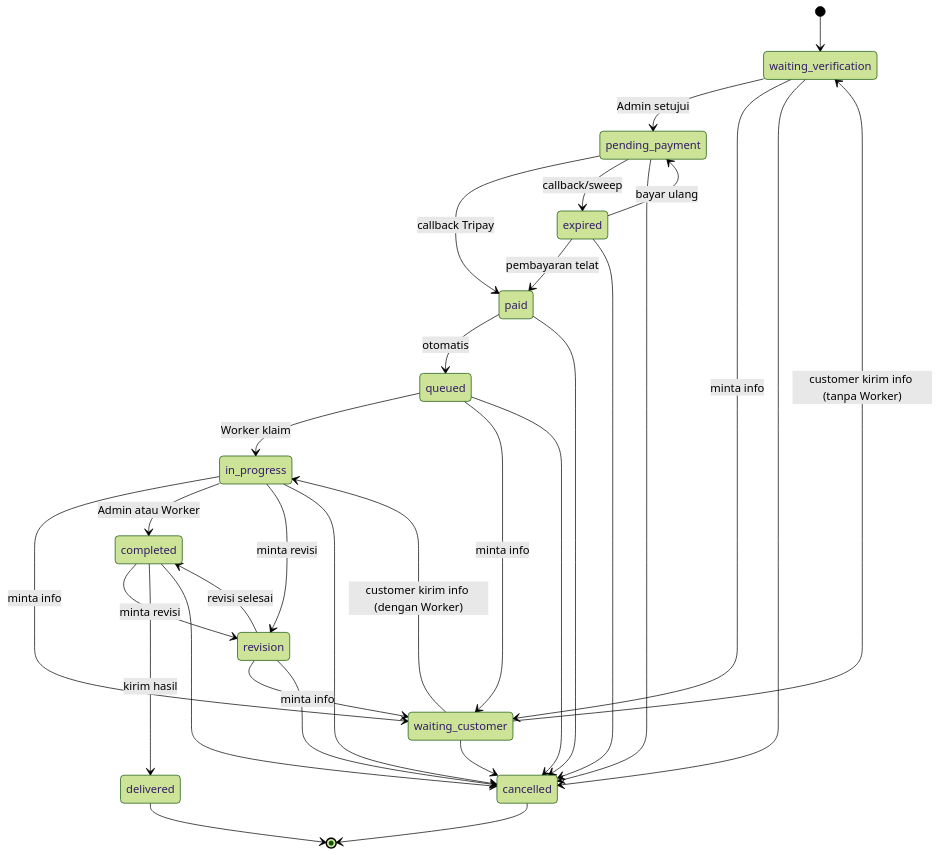
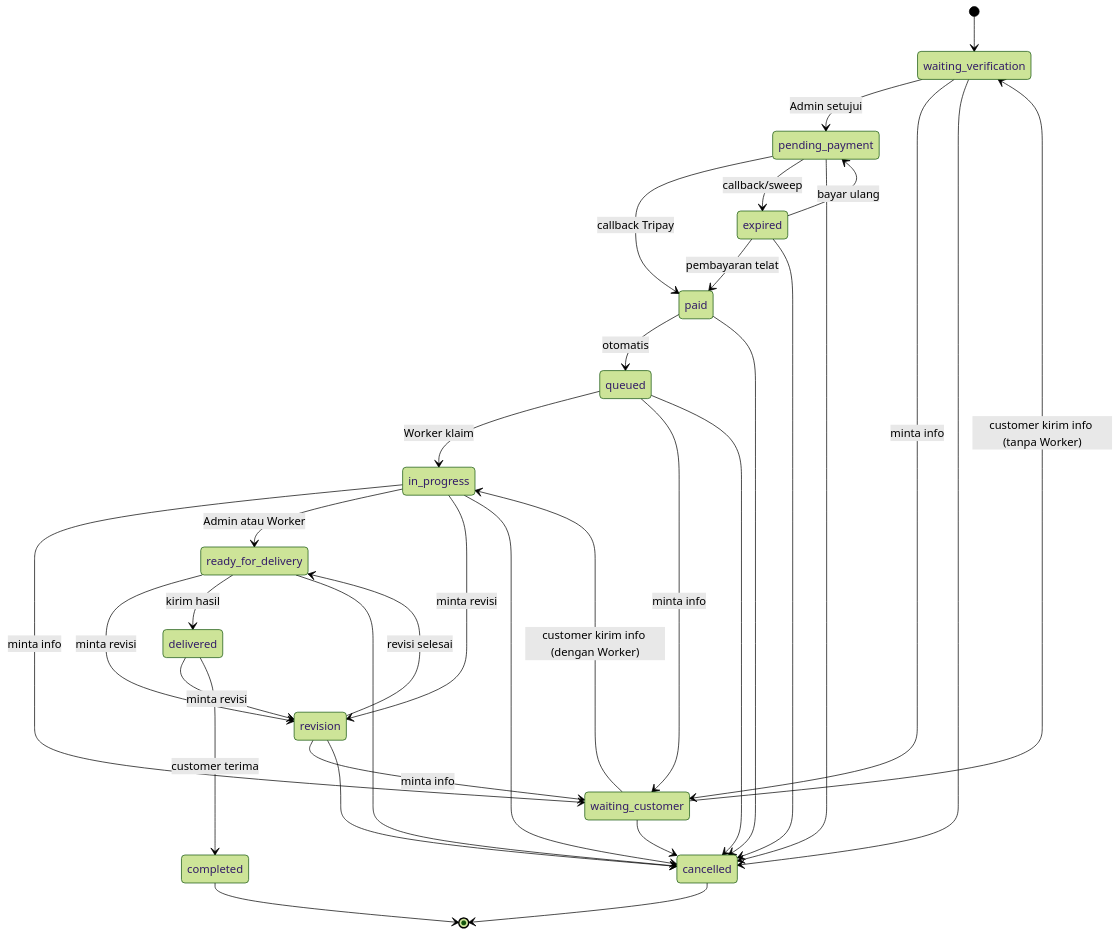
One commit to putracandra2618-tech/jovexa changed the diagram in prd.md. Above: the diagram before and after it, drawn with Mermaid (forest theme). The commit also changed other lines of this file and 34 other files, not shown here.

````diff
--- a/prd.md
+++ b/prd.md
@@ -232,33 +234,35 @@
 ```mermaid
 stateDiagram-v2
     [*] --> waiting_verification
     waiting_verification --> pending_payment: Admin setujui
     waiting_verification --> waiting_customer: minta info
     pending_payment --> paid: callback Tripay
     pending_payment --> expired: callback/sweep
     expired --> pending_payment: bayar ulang
     expired --> paid: pembayaran telat
     paid --> queued: otomatis
     queued --> in_progress: Worker klaim
     queued --> waiting_customer: minta info
     in_progress --> waiting_customer: minta info
     revision --> waiting_customer: minta info
     waiting_customer --> waiting_verification: customer kirim info (tanpa Worker)
     waiting_customer --> in_progress: customer kirim info (dengan Worker)
-    in_progress --> completed: Admin atau Worker
+    in_progress --> ready_for_delivery: Admin atau Worker
     in_progress --> revision: minta revisi
-    completed --> revision: minta revisi
-    revision --> completed: revisi selesai
-    completed --> delivered: kirim hasil
+    ready_for_delivery --> revision: minta revisi
+    revision --> ready_for_delivery: revisi selesai
+    ready_for_delivery --> delivered: kirim hasil
+    delivered --> revision: minta revisi
+    delivered --> completed: customer terima
     pending_payment --> cancelled
     expired --> cancelled
     paid --> cancelled
     waiting_verification --> cancelled
     queued --> cancelled
     waiting_customer --> cancelled
     in_progress --> cancelled
     revision --> cancelled
-    completed --> cancelled
-    delivered --> [*]
+    ready_for_delivery --> cancelled
+    completed --> [*]
     cancelled --> [*]
 ```
````
